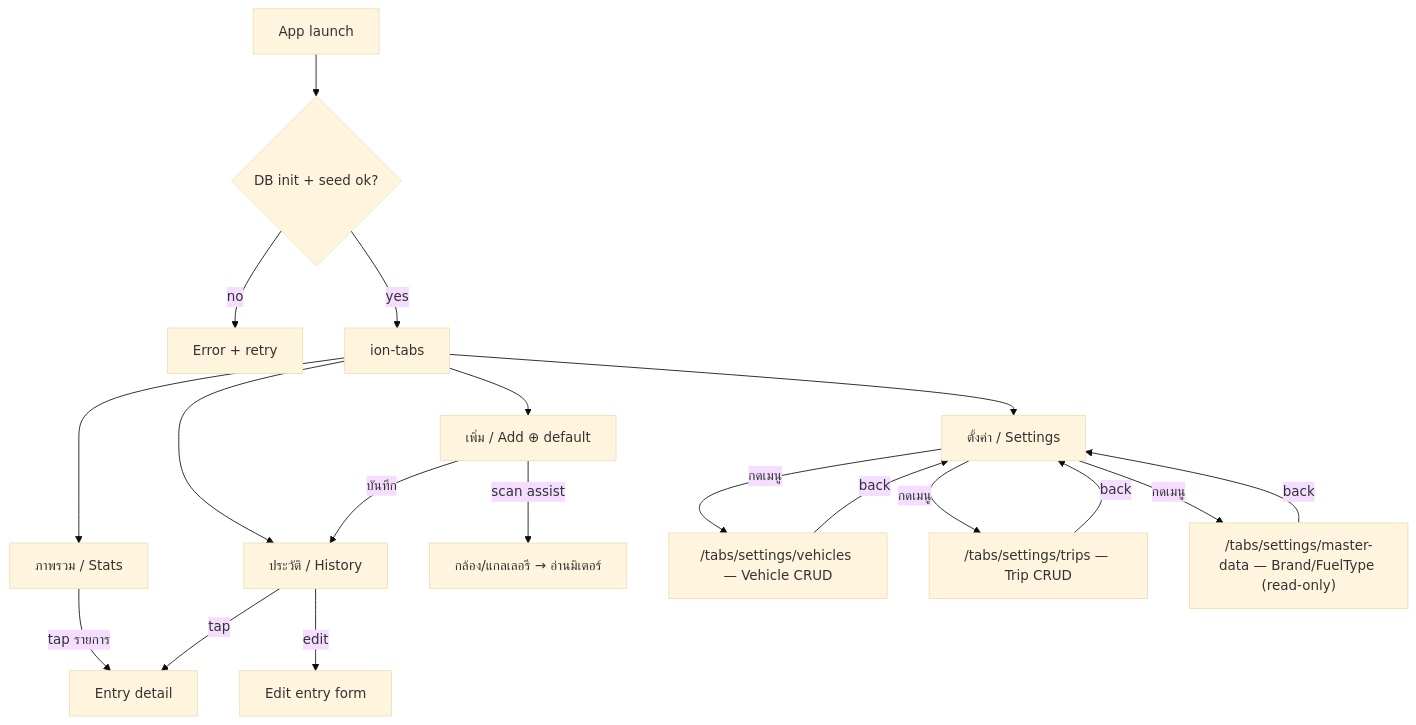
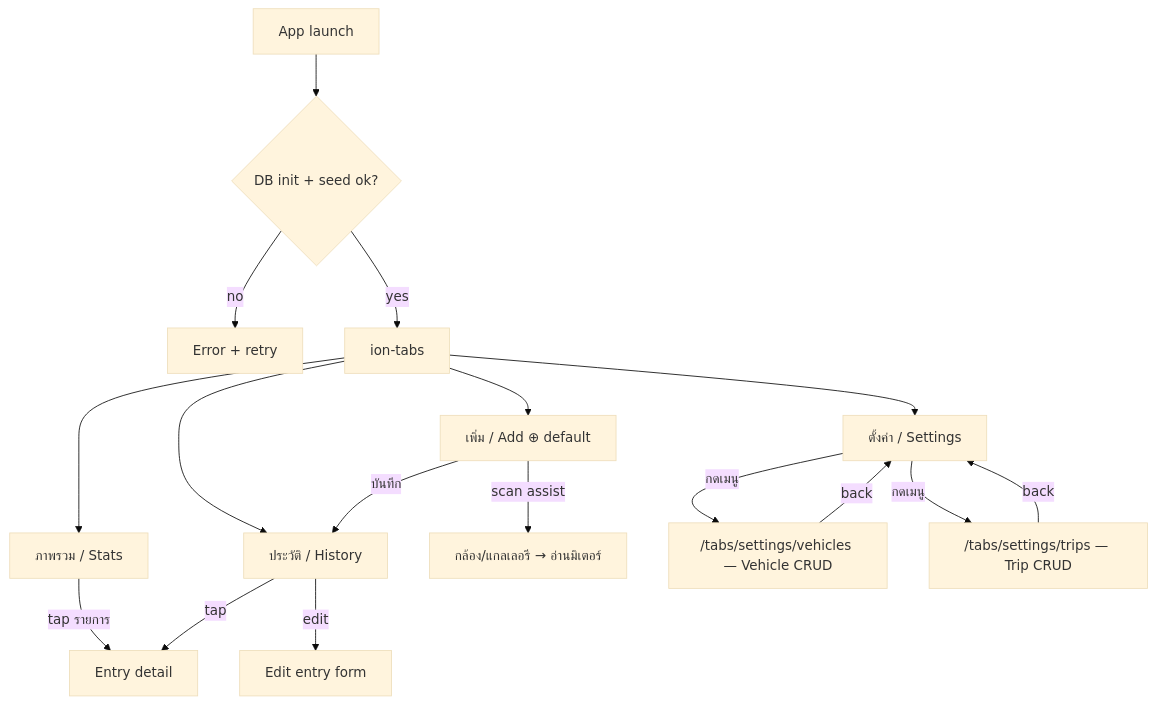
One commit to ThunderBirdsX3/meter-scan changed the diagram in docs/vault/60-Flows/FLOW-app-navigation.md. Above: the diagram before and after it, drawn with Mermaid (base theme). The commit also changed other lines of this file and 49 other files, not shown here.

First line of the commit message:
feat(fuel-log): settings cleanup, trip toggle, vehicle icons, add-page reorder

````diff
--- a/docs/vault/60-Flows/FLOW-app-navigation.md
+++ b/docs/vault/60-Flows/FLOW-app-navigation.md
@@ -41,22 +41,20 @@
 ```mermaid
 flowchart TD
   APP[App launch] --> DB{DB init + seed ok?}
   DB -->|no| ERR[Error + retry]
   DB -->|yes| TABS[ion-tabs]
   TABS --> T2[เพิ่ม / Add  ⊕  default]
   TABS --> T1[ภาพรวม / Stats]
   TABS --> T3[ประวัติ / History]
   TABS --> T4[ตั้งค่า / Settings]
 
   T2 -->|scan assist| SCAN[กล้อง/แกลเลอรี → อ่านมิเตอร์]
   T2 -->|บันทึก| T3
   T1 -->|tap รายการ| DETAIL[Entry detail]
   T3 -->|tap| DETAIL
   T3 -->|edit| EDITF[Edit entry form]
   T4 -->|กดเมนู| VEH["/tabs/settings/vehicles — Vehicle CRUD"]
   T4 -->|กดเมนู| TRIP["/tabs/settings/trips — Trip CRUD"]
-  T4 -->|กดเมนู| MASTER["/tabs/settings/master-data — Brand/FuelType (read-only)"]
   VEH -->|back| T4
   TRIP -->|back| T4
-  MASTER -->|back| T4
 ```
````
